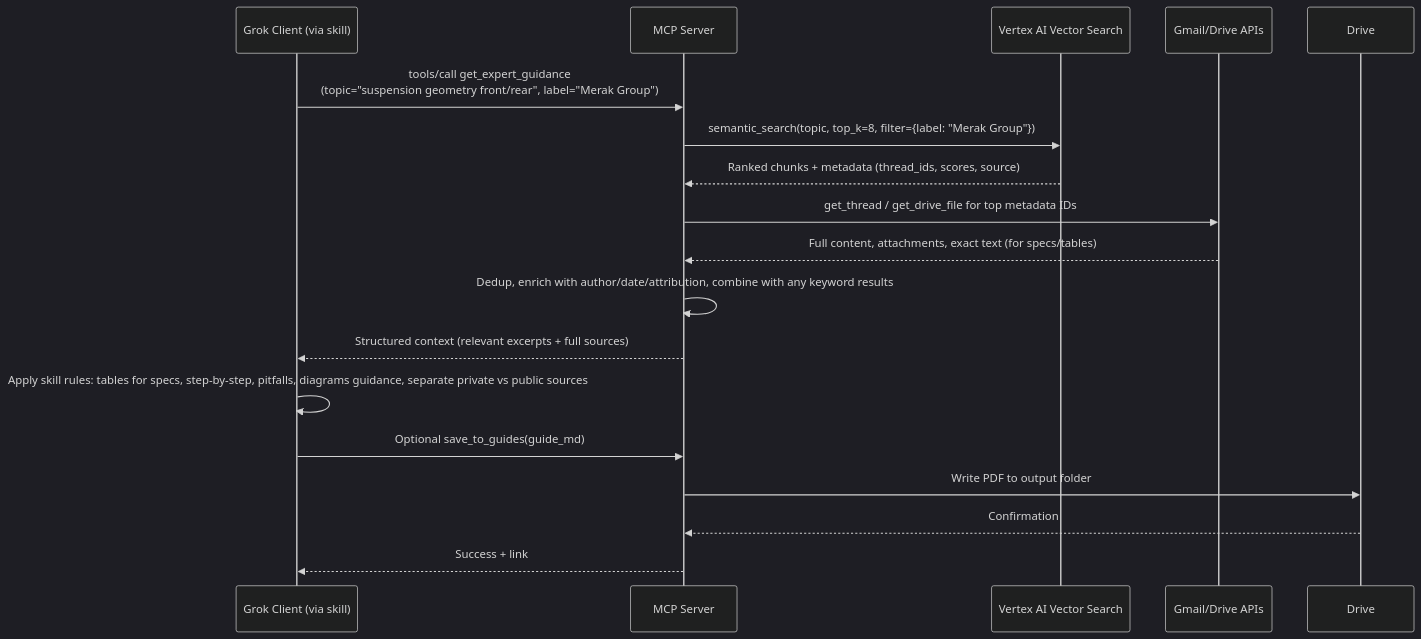
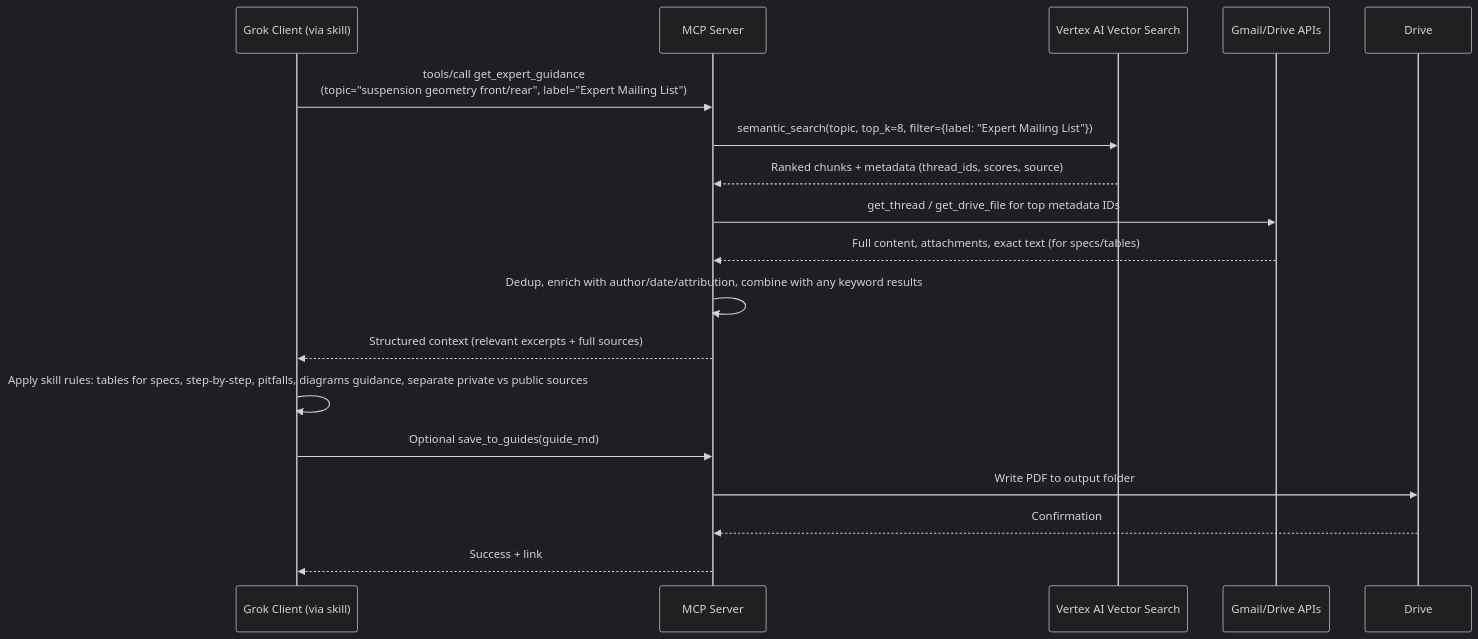
One commit to MariusSorteberg/sorteberg-mcp changed the fifth of 5 diagrams in ARCHITECTURE.md. Above: the diagram before and after it, drawn with Mermaid (dark theme). The commit also changed other lines of this file and 8 other files, not shown here.

````diff
--- a/ARCHITECTURE.md
+++ b/ARCHITECTURE.md
@@ -320,20 +320,20 @@
 ```mermaid
 sequenceDiagram
     participant Grok as Grok Client (via skill)
     participant MCP as MCP Server
     participant VS as Vertex AI Vector Search
     participant Gmail as Gmail/Drive APIs
 
-    Grok->>MCP: tools/call get_expert_guidance<br/>(topic="suspension geometry front/rear", label="Merak Group")
-    MCP->>VS: semantic_search(topic, top_k=8, filter={label: "Merak Group"})
+    Grok->>MCP: tools/call get_expert_guidance<br/>(topic="suspension geometry front/rear", label="Expert Mailing List")
+    MCP->>VS: semantic_search(topic, top_k=8, filter={label: "Expert Mailing List"})
     VS-->>MCP: Ranked chunks + metadata (thread_ids, scores, source)
     MCP->>Gmail: get_thread / get_drive_file for top metadata IDs
     Gmail-->>MCP: Full content, attachments, exact text (for specs/tables)
     MCP->>MCP: Dedup, enrich with author/date/attribution, combine with any keyword results
     MCP-->>Grok: Structured context (relevant excerpts + full sources)
     Grok->>Grok: Apply skill rules: tables for specs, step-by-step, pitfalls, diagrams guidance, separate private vs public sources
     Grok->>MCP: Optional save_to_guides(guide_md)
     MCP->>Drive: Write PDF to output folder
     Drive-->>MCP: Confirmation
     MCP-->>Grok: Success + link
 ```
````
